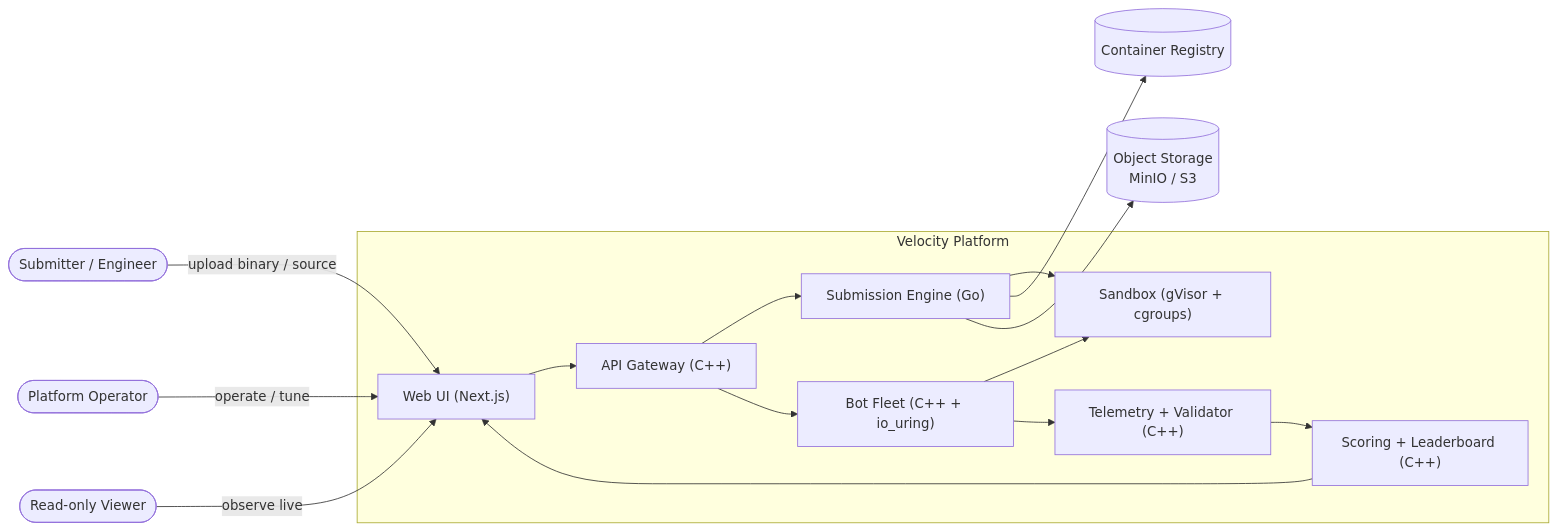
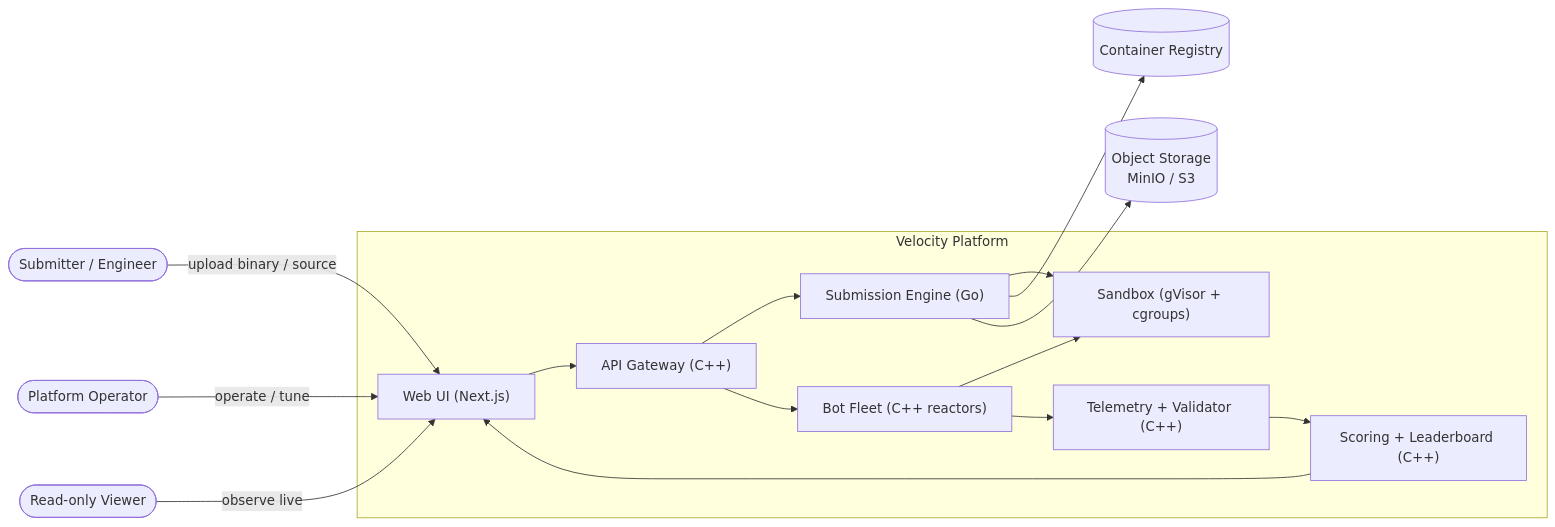
One commit to narendraxgupta/Velocity changed the first of 5 diagrams in docs/architecture.md. Above: the diagram before and after it, drawn with Mermaid. The commit also changed other lines of this file and 21 other files, not shown here.

````diff
--- a/docs/architecture.md
+++ b/docs/architecture.md
@@ -41,31 +43,31 @@
 ```mermaid
 flowchart LR
     Submitter([Submitter / Engineer])
     Operator([Platform Operator])
     Viewer([Read-only Viewer])
 
     subgraph velocity [Velocity Platform]
         Web["Web UI (Next.js)"]
         API["API Gateway (C++)"]
         Engine["Submission Engine (Go)"]
         Sandbox["Sandbox (gVisor + cgroups)"]
-        Bots["Bot Fleet (C++ + io_uring)"]
+        Bots["Bot Fleet (C++ reactors)"]
         Pipe["Telemetry + Validator (C++)"]
         Score["Scoring + Leaderboard (C++)"]
     end
 
     External1[("Object Storage<br/>MinIO / S3")]
     External2[("Container Registry")]
 
     Submitter -- "upload binary / source" --> Web
     Web --> API
     Operator -- "operate / tune" --> Web
     Viewer -- "observe live" --> Web
 
     API --> Engine --> Sandbox
     API --> Bots
     Bots --> Sandbox
     Bots --> Pipe --> Score --> Web
     Engine --> External2
     Engine --> External1
 ```
````
